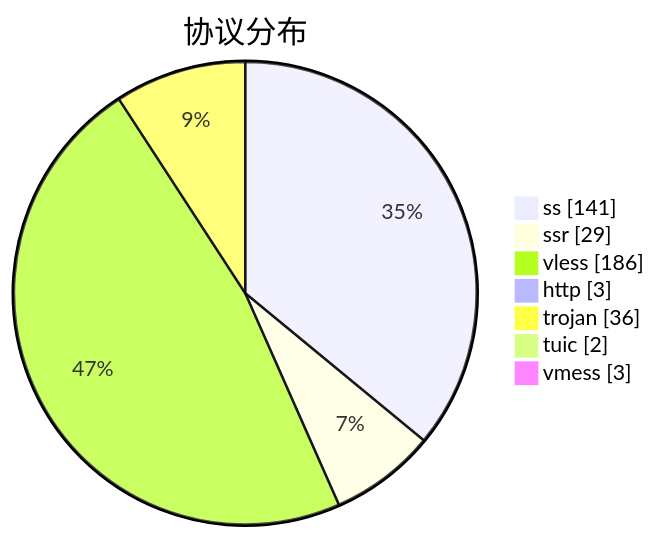
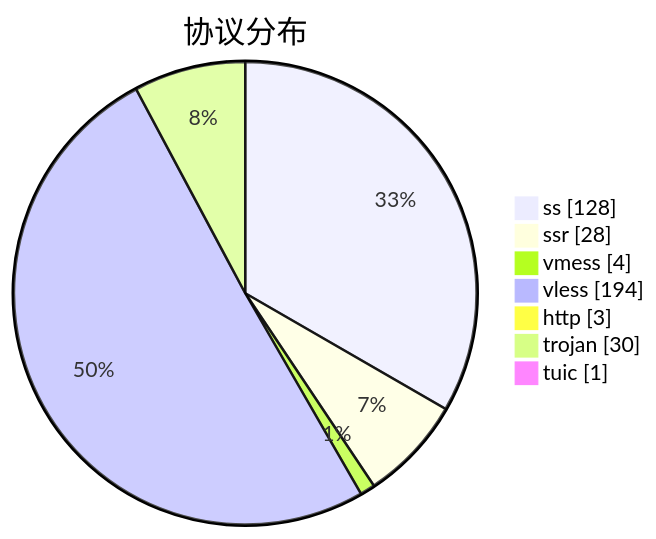
The third of 3 diagrams in subs/statistics/tested_within.md (qjlxg/airport), drawn with Mermaid before and after one commit. The commit also changed other lines of this file and 2 other files, not shown here.

````diff
--- a/subs/statistics/tested_within.md
+++ b/subs/statistics/tested_within.md
@@ -35,11 +34,11 @@
 ```mermaid
 pie showData
 title 协议分布
-"ss" : 141
-"ssr" : 29
-"vless" : 186
+"ss" : 128
+"ssr" : 28
+"vmess" : 4
+"vless" : 194
 "http" : 3
-"trojan" : 36
-"tuic" : 2
-"vmess" : 3
+"trojan" : 30
+"tuic" : 1
 ```
````
